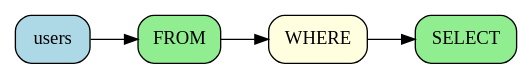
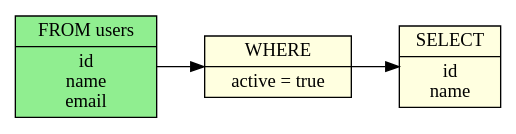
One commit to rot1024/sqloflow changed the second of 2 diagrams in README.md. Above: the diagram before and after it, drawn with Graphviz. The commit also changed other lines of this file and 65 other files, not shown here.

````diff
--- a/README.md
+++ b/README.md
@@ -182,15 +174,13 @@
 ```dot
-digraph sqloflow {
+digraph schema_flow {
   rankdir=LR;
-  node [shape=box, style=rounded];
+  node [shape=record];
 
-  node_0 [label="users", fillcolor=lightblue, style="filled,rounded"];
-  node_1 [label="FROM", fillcolor=lightgreen, style="filled,rounded"];
-  node_2 [label="WHERE", fillcolor=lightyellow, style="filled,rounded"];
-  node_3 [label="SELECT", fillcolor=lightgreen, style="filled,rounded"];
+  node_0 [label="FROM users|id\nname\nemail", style=filled, fillcolor=lightgreen];
+  node_1 [label="WHERE|active = true", style=filled, fillcolor=lightyellow];
+  node_2 [label="SELECT|id\nname", style=filled, fillcolor=lightyellow];
 
-  node_0 -> node_1 [color=black];
-  node_1 -> node_2 [color=black];
-  node_2 -> node_3 [color=black];
+  node_0 -> node_1;
+  node_1 -> node_2;
 }
 ```
````
